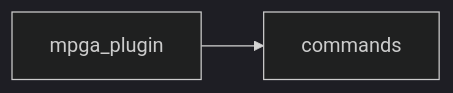
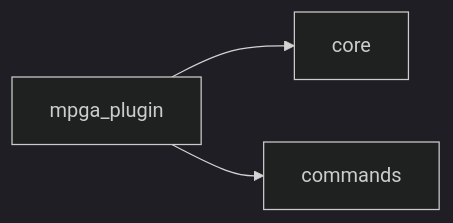
One commit to benrben/MPGA changed the diagram in MPGA/scopes/mpga-plugin.md. Above: the diagram before and after it, drawn with Mermaid (dark theme). The commit also changed other lines of this file and 13 other files, not shown here.

Commit message:
Update project documentation and configuration: revised module summaries, added knowledge layer conventions and key file roles, and updated generated timestamps. Enhanced settings with new hooks for post-tool use and adjusted module dependencies in GRAPH.md.

````diff
--- a/MPGA/scopes/mpga-plugin.md
+++ b/MPGA/scopes/mpga-plugin.md
@@ -64,4 +65,5 @@
 ```mermaid
 graph LR
+    mpga_plugin --> core
     mpga_plugin --> commands
 ```
````
